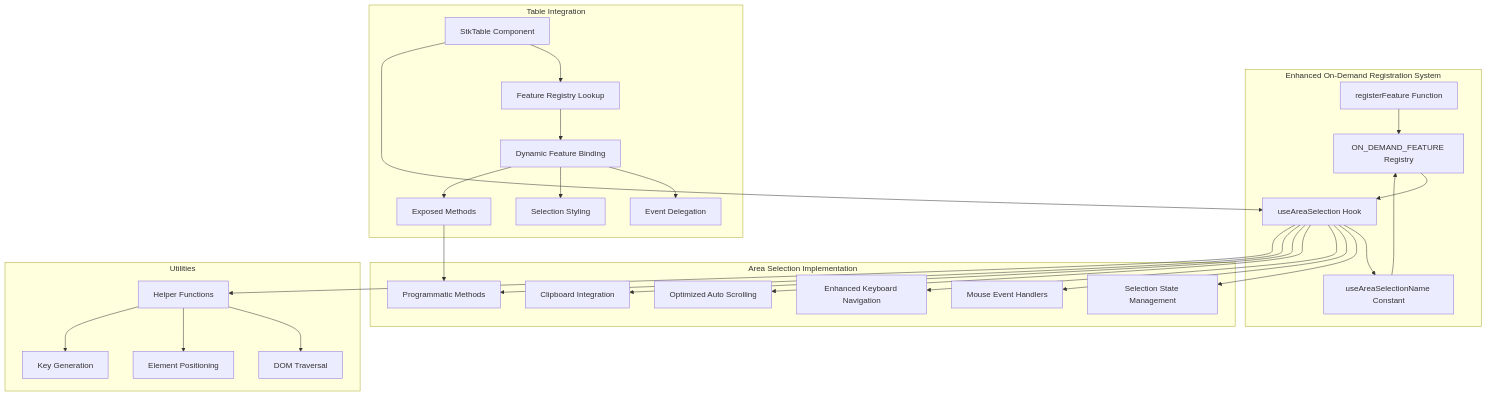
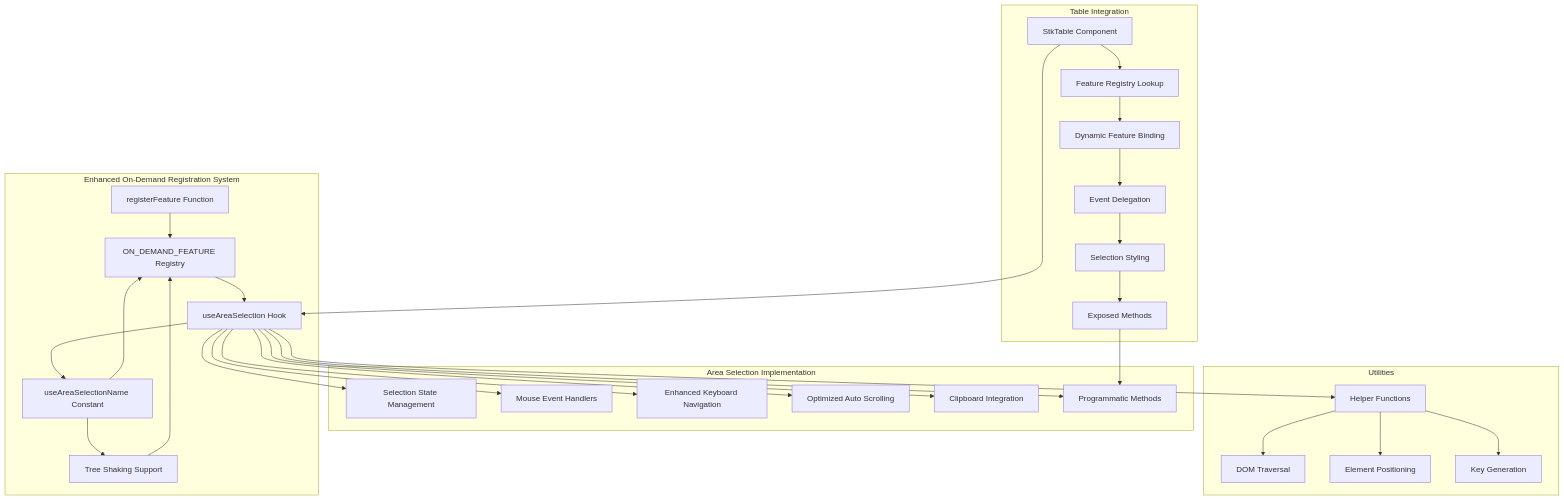
One commit to ja-plus/stk-table-vue changed the first of 7 diagrams in .qoder/repowiki/en/content/Advanced Features/Area Selection.md. Above: the diagram before and after it, drawn with Mermaid. The commit also changed other lines of this file and 2 other files, not shown here.

````diff
--- a/.qoder/repowiki/en/content/Advanced Features/Area Selection.md
+++ b/.qoder/repowiki/en/content/Advanced Features/Area Selection.md
@@ -55,32 +56,34 @@
 ```mermaid
 graph TB
 subgraph "Enhanced On-Demand Registration System"
 A[registerFeature Function] --> B[ON_DEMAND_FEATURE Registry]
 B --> C[useAreaSelection Hook]
 C --> D[useAreaSelectionName Constant]
+D --> E[Tree Shaking Support]
 end
 subgraph "Area Selection Implementation"
-C --> E[Selection State Management]
-C --> F[Mouse Event Handlers]
-C --> G[Enhanced Keyboard Navigation]
-C --> H[Optimized Auto Scrolling]
-C --> I[Clipboard Integration]
-C --> J[Programmatic Methods]
+C --> F[Selection State Management]
+C --> G[Mouse Event Handlers]
+C --> H[Enhanced Keyboard Navigation]
+C --> I[Optimized Auto Scrolling]
+C --> J[Clipboard Integration]
+C --> K[Programmatic Methods]
 end
 subgraph "Table Integration"
-K[StkTable Component] --> L[Feature Registry Lookup]
-L --> M[Dynamic Feature Binding]
-M --> N[Event Delegation]
-M --> O[Selection Styling]
-M --> P[Exposed Methods]
+L[StkTable Component] --> M[Feature Registry Lookup]
+M --> N[Dynamic Feature Binding]
+N --> O[Event Delegation]
+O --> P[Selection Styling]
+P --> Q[Exposed Methods]
 end
 subgraph "Utilities"
-Q[Helper Functions] --> R[DOM Traversal]
-Q --> S[Element Positioning]
-Q --> T[Key Generation]
+R[Helper Functions] --> S[DOM Traversal]
+R --> T[Element Positioning]
+R --> U[Key Generation]
 end
-C --> Q
-K --> C
-P --> J
+C --> R
+L --> C
+Q --> K
 D --> B
+E --> B
 ```
````
